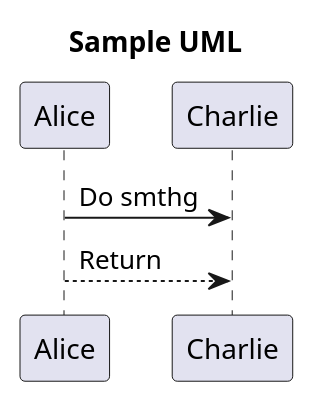
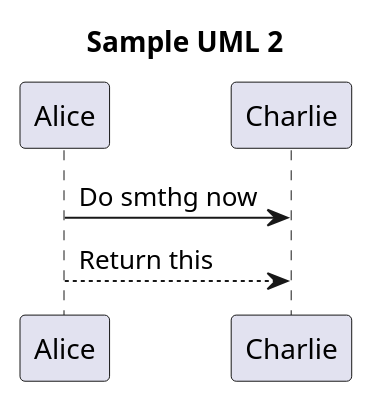
The diagram in testuml2.puml (Krosmez/testuml), drawn with PlantUML before and after one commit.

```diff
--- a/testuml2.puml
+++ b/testuml2.puml
@@ -1,3 +1,5 @@
-title Sample UML
-Alice -> Charlie: Do smthg
-Charlie <-- Alice: Return
+@startuml
+title Sample UML 2
+Alice -> Charlie: Do smthg now
+Charlie <-- Alice: Return this
+@enduml
```
